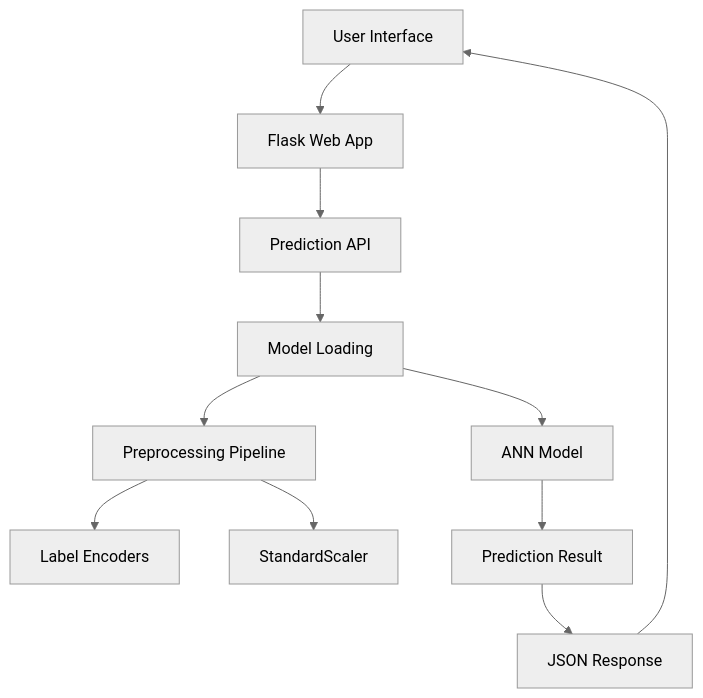
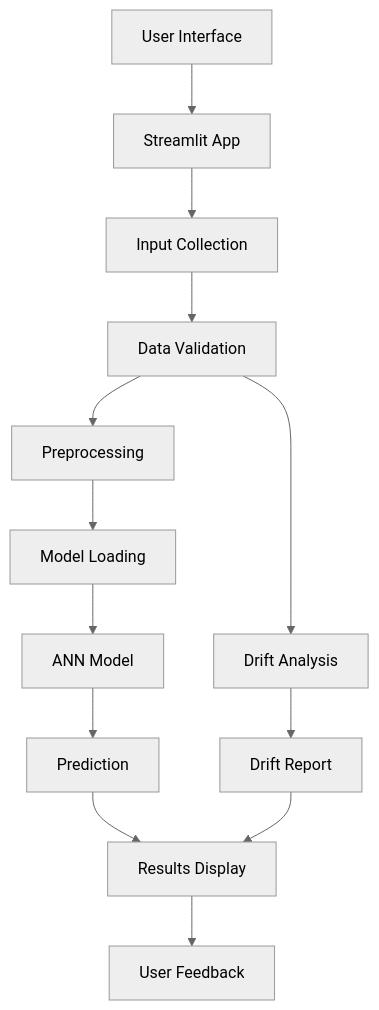
One commit to eng-Shahd-Mostafa/DEPI-Project changed the diagram in README.md. Above: the diagram before and after it, drawn with Mermaid (neutral theme). The commit also changed other lines of this file, not shown here.

````diff
--- a/README.md
+++ b/README.md
@@ -215,13 +185,15 @@
 ```mermaid
 graph TD
-    A[User Interface] --> B[Flask Web App]
-    B --> C[Prediction API]
-    C --> D[Model Loading]
-    D --> E[ANN Model]
-    D --> F[Preprocessing Pipeline]
-    F --> G[Label Encoders]
-    F --> H[StandardScaler]
-    E --> I[Prediction Result]
-    I --> J[JSON Response]
-    J --> A
+    A[User Interface] --> B[Streamlit App]
+    B --> C[Input Collection]
+    C --> D[Data Validation]
+    D --> E[Drift Analysis]
+    D --> F[Preprocessing]
+    F --> G[Model Loading]
+    G --> H[ANN Model]
+    H --> I[Prediction]
+    E --> J[Drift Report]
+    I --> K[Results Display]
+    J --> K
+    K --> L[User Feedback]
 ```
````
